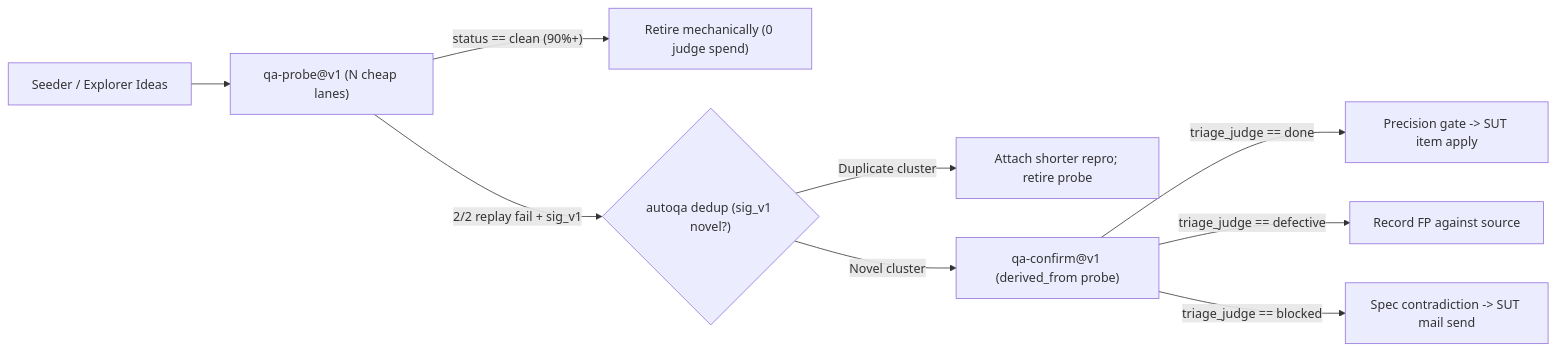
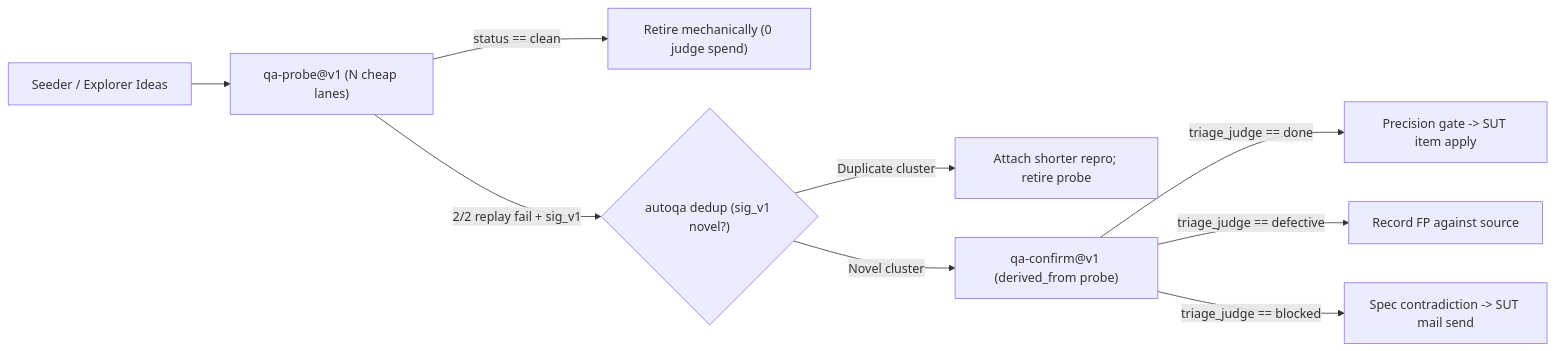
Before and after one commit to mschulkind-oss/tillr: the diagram in docs/design/tillr-autoqa.md, drawn with Mermaid. The commit also changed other lines of this file and 6 other files, not shown here.

````diff
--- a/docs/design/tillr-autoqa.md
+++ b/docs/design/tillr-autoqa.md
@@ -129,11 +120,11 @@
 ```mermaid
 flowchart LR
     seed["Seeder / Explorer Ideas"] --> probe["qa-probe@v1 (N cheap lanes)"]
-    probe -->|"status == clean (90%+)"| doneClean["Retire mechanically (0 judge spend)"]
+    probe -->|"status == clean"| doneClean["Retire mechanically (0 judge spend)"]
     probe -->|"2/2 replay fail + sig_v1"| dedup{"autoqa dedup (sig_v1 novel?)"}
     dedup -->|"Duplicate cluster"| attach["Attach shorter repro; retire probe"]
     dedup -->|"Novel cluster"| confirm["qa-confirm@v1 (derived_from probe)"]
     confirm -->|"triage_judge == done"| export["Precision gate -> SUT item apply"]
     confirm -->|"triage_judge == defective"| fp["Record FP against source"]
     confirm -->|"triage_judge == blocked"| mail["Spec contradiction -> SUT mail send"]
 ```
````
